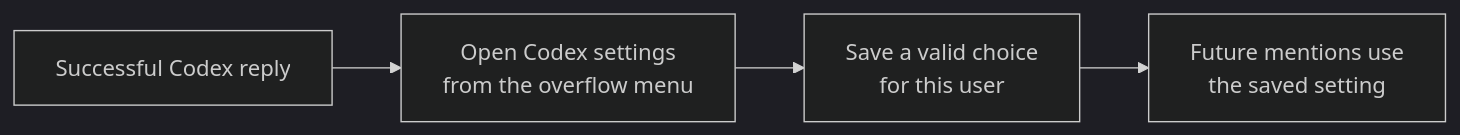
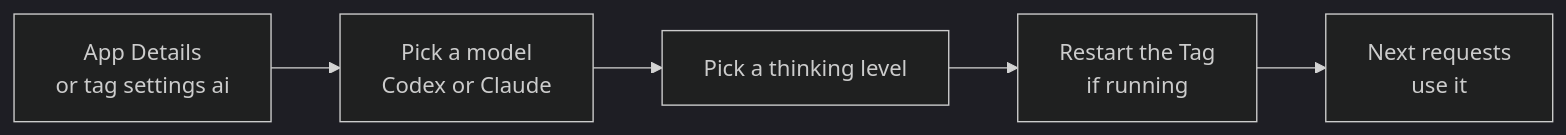
Before and after one commit to klovr-co/hover-tag: diagram 12 of 16 in docs/user-flows.md, drawn with Mermaid (dark theme). The commit also changed other lines of this file and 48 other files, not shown here.

````diff
--- a/docs/user-flows.md
+++ b/docs/user-flows.md
@@ -500,9 +458,10 @@
 ```mermaid
 flowchart LR
-    Reply["Successful Codex reply"]
-    Choose["Open Codex settings<br/>from the overflow menu"]
-    Save["Save a valid choice<br/>for this user"]
-    Next["Future mentions use<br/>the saved setting"]
+    Open["App Details<br/>or tag settings ai"]
+    Model["Pick a model<br/>Codex or Claude"]
+    Level["Pick a thinking level"]
+    Restart["Restart the Tag<br/>if running"]
+    Next["Next requests<br/>use it"]
 
-    Reply --> Choose --> Save --> Next
+    Open --> Model --> Level --> Restart --> Next
 ```
````
